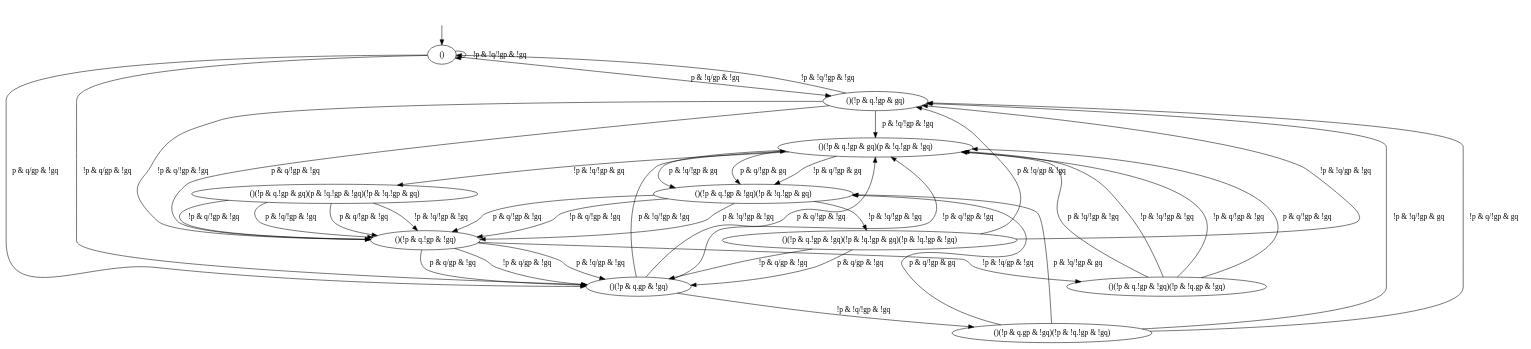
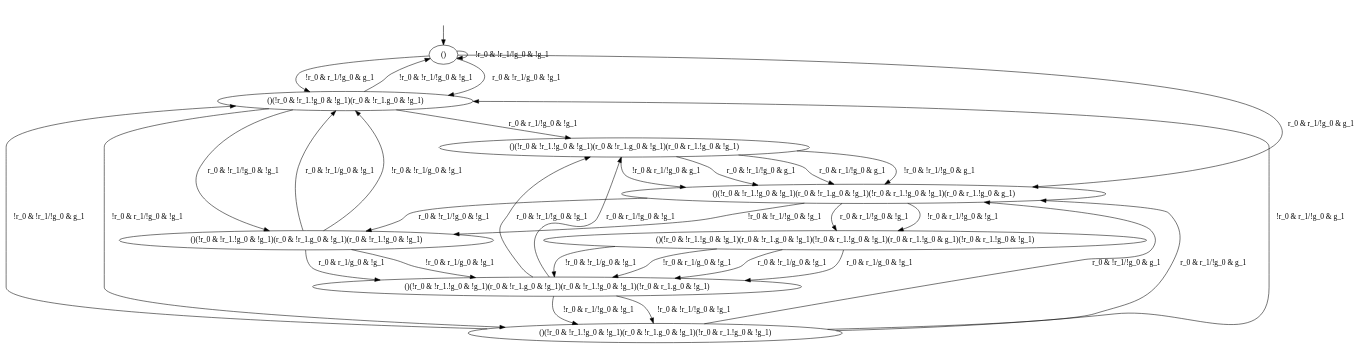
The diagram in examples/ArbitersTwoProcess/example8.dot (mrudu/synth-learn), drawn with Graphviz before and after one commit. The commit also changed 18 other files, not shown here.

```diff
--- a/examples/ArbitersTwoProcess/example8.dot
+++ b/examples/ArbitersTwoProcess/example8.dot
@@ -1,54 +1,44 @@
 digraph "examples/ArbitersTwoProcess/example8" {
 "()" [label="()"];
-"()(!p & q.!gp & gq)" [label="()(!p & q.!gp & gq)"];
-"()(!p & q.!gp & !gq)" [label="()(!p & q.!gp & !gq)"];
-"()(!p & q.gp & !gq)" [label="()(!p & q.gp & !gq)"];
-"()(!p & q.!gp & gq)(p & !q.!gp & !gq)" [label="()(!p & q.!gp & gq)(p & !q.!gp & !gq)"];
-"()(!p & q.!gp & !gq)(!p & !q.!gp & gq)" [label="()(!p & q.!gp & !gq)(!p & !q.!gp & gq)"];
-"()(!p & q.!gp & !gq)(!p & !q.gp & !gq)" [label="()(!p & q.!gp & !gq)(!p & !q.gp & !gq)"];
-"()(!p & q.gp & !gq)(!p & !q.!gp & !gq)" [label="()(!p & q.gp & !gq)(!p & !q.!gp & !gq)"];
-"()(!p & q.!gp & gq)(p & !q.!gp & !gq)(!p & !q.!gp & gq)" [label="()(!p & q.!gp & gq)(p & !q.!gp & !gq)(!p & !q.!gp & gq)"];
-"()(!p & q.!gp & !gq)(!p & !q.!gp & gq)(!p & !q.!gp & !gq)" [label="()(!p & q.!gp & !gq)(!p & !q.!gp & gq)(!p & !q.!gp & !gq)"];
-"()" -> "()"  [label="!p & !q/!gp & !gq"];
-"()" -> "()(!p & q.gp & !gq)"  [label="!p & q/gp & !gq"];
-"()" -> "()(!p & q.!gp & gq)"  [label="p & !q/gp & !gq"];
-"()" -> "()(!p & q.gp & !gq)"  [label="p & q/gp & !gq"];
-"()(!p & q.!gp & gq)" -> "()"  [label="!p & !q/!gp & !gq"];
-"()(!p & q.!gp & gq)" -> "()(!p & q.!gp & !gq)"  [label="!p & q/!gp & !gq"];
-"()(!p & q.!gp & gq)" -> "()(!p & q.!gp & gq)(p & !q.!gp & !gq)"  [label="p & !q/!gp & !gq"];
-"()(!p & q.!gp & gq)" -> "()(!p & q.!gp & !gq)"  [label="p & q/!gp & !gq"];
-"()(!p & q.!gp & !gq)" -> "()(!p & q.!gp & !gq)(!p & !q.gp & !gq)"  [label="!p & !q/gp & !gq"];
-"()(!p & q.!gp & !gq)" -> "()(!p & q.gp & !gq)"  [label="!p & q/gp & !gq"];
-"()(!p & q.!gp & !gq)" -> "()(!p & q.gp & !gq)"  [label="p & !q/gp & !gq"];
-"()(!p & q.!gp & !gq)" -> "()(!p & q.gp & !gq)"  [label="p & q/gp & !gq"];
-"()(!p & q.gp & !gq)" -> "()(!p & q.gp & !gq)(!p & !q.!gp & !gq)"  [label="!p & !q/!gp & !gq"];
-"()(!p & q.gp & !gq)" -> "()(!p & q.!gp & gq)(p & !q.!gp & !gq)"  [label="!p & q/!gp & !gq"];
-"()(!p & q.gp & !gq)" -> "()(!p & q.!gp & gq)(p & !q.!gp & !gq)"  [label="p & !q/!gp & !gq"];
-"()(!p & q.gp & !gq)" -> "()(!p & q.!gp & gq)(p & !q.!gp & !gq)"  [label="p & q/!gp & !gq"];
-"()(!p & q.!gp & gq)(p & !q.!gp & !gq)" -> "()(!p & q.!gp & gq)(p & !q.!gp & !gq)(!p & !q.!gp & gq)"  [label="!p & !q/!gp & gq"];
-"()(!p & q.!gp & gq)(p & !q.!gp & !gq)" -> "()(!p & q.!gp & !gq)(!p & !q.!gp & gq)"  [label="!p & q/!gp & gq"];
-"()(!p & q.!gp & gq)(p & !q.!gp & !gq)" -> "()(!p & q.!gp & !gq)(!p & !q.!gp & gq)"  [label="p & !q/!gp & gq"];
-"()(!p & q.!gp & gq)(p & !q.!gp & !gq)" -> "()(!p & q.!gp & !gq)(!p & !q.!gp & gq)"  [label="p & q/!gp & gq"];
-"()(!p & q.!gp & !gq)(!p & !q.!gp & gq)" -> "()(!p & q.!gp & !gq)(!p & !q.!gp & gq)(!p & !q.!gp & !gq)"  [label="!p & !q/!gp & !gq"];
-"()(!p & q.!gp & !gq)(!p & !q.!gp & gq)" -> "()(!p & q.!gp & !gq)"  [label="!p & q/!gp & !gq"];
-"()(!p & q.!gp & !gq)(!p & !q.!gp & gq)" -> "()(!p & q.!gp & !gq)"  [label="p & !q/!gp & !gq"];
-"()(!p & q.!gp & !gq)(!p & !q.!gp & gq)" -> "()(!p & q.!gp & !gq)"  [label="p & q/!gp & !gq"];
-"()(!p & q.!gp & !gq)(!p & !q.gp & !gq)" -> "()(!p & q.!gp & gq)(p & !q.!gp & !gq)"  [label="!p & !q/!gp & !gq"];
-"()(!p & q.!gp & !gq)(!p & !q.gp & !gq)" -> "()(!p & q.!gp & gq)(p & !q.!gp & !gq)"  [label="!p & q/!gp & !gq"];
-"()(!p & q.!gp & !gq)(!p & !q.gp & !gq)" -> "()(!p & q.!gp & gq)(p & !q.!gp & !gq)"  [label="p & !q/!gp & !gq"];
-"()(!p & q.!gp & !gq)(!p & !q.gp & !gq)" -> "()(!p & q.!gp & gq)(p & !q.!gp & !gq)"  [label="p & q/!gp & !gq"];
-"()(!p & q.gp & !gq)(!p & !q.!gp & !gq)" -> "()(!p & q.!gp & gq)"  [label="!p & !q/!gp & gq"];
-"()(!p & q.gp & !gq)(!p & !q.!gp & !gq)" -> "()(!p & q.!gp & gq)"  [label="!p & q/!gp & gq"];
-"()(!p & q.gp & !gq)(!p & !q.!gp & !gq)" -> "()(!p & q.!gp & !gq)(!p & !q.!gp & gq)"  [label="p & !q/!gp & gq"];
-"()(!p & q.gp & !gq)(!p & !q.!gp & !gq)" -> "()(!p & q.!gp & !gq)(!p & !q.!gp & gq)"  [label="p & q/!gp & gq"];
-"()(!p & q.!gp & gq)(p & !q.!gp & !gq)(!p & !q.!gp & gq)" -> "()(!p & q.!gp & !gq)"  [label="!p & !q/!gp & !gq"];
-"()(!p & q.!gp & gq)(p & !q.!gp & !gq)(!p & !q.!gp & gq)" -> "()(!p & q.!gp & !gq)"  [label="!p & q/!gp & !gq"];
-"()(!p & q.!gp & gq)(p & !q.!gp & !gq)(!p & !q.!gp & gq)" -> "()(!p & q.!gp & !gq)"  [label="p & !q/!gp & !gq"];
-"()(!p & q.!gp & gq)(p & !q.!gp & !gq)(!p & !q.!gp & gq)" -> "()(!p & q.!gp & !gq)"  [label="p & q/!gp & !gq"];
-"()(!p & q.!gp & !gq)(!p & !q.!gp & gq)(!p & !q.!gp & !gq)" -> "()(!p & q.!gp & gq)"  [label="!p & !q/gp & !gq"];
-"()(!p & q.!gp & !gq)(!p & !q.!gp & gq)(!p & !q.!gp & !gq)" -> "()(!p & q.gp & !gq)"  [label="!p & q/gp & !gq"];
-"()(!p & q.!gp & !gq)(!p & !q.!gp & gq)(!p & !q.!gp & !gq)" -> "()(!p & q.!gp & gq)"  [label="p & !q/gp & !gq"];
-"()(!p & q.!gp & !gq)(!p & !q.!gp & gq)(!p & !q.!gp & !gq)" -> "()(!p & q.gp & !gq)"  [label="p & q/gp & !gq"];
+"()(!r_0 & !r_1.!g_0 & !g_1)(r_0 & !r_1.g_0 & !g_1)" [label="()(!r_0 & !r_1.!g_0 & !g_1)(r_0 & !r_1.g_0 & !g_1)"];
+"()(!r_0 & !r_1.!g_0 & !g_1)(r_0 & !r_1.g_0 & !g_1)(!r_0 & r_1.!g_0 & !g_1)" [label="()(!r_0 & !r_1.!g_0 & !g_1)(r_0 & !r_1.g_0 & !g_1)(!r_0 & r_1.!g_0 & !g_1)"];
+"()(!r_0 & !r_1.!g_0 & !g_1)(r_0 & !r_1.g_0 & !g_1)(!r_0 & r_1.!g_0 & !g_1)(r_0 & r_1.!g_0 & g_1)" [label="()(!r_0 & !r_1.!g_0 & !g_1)(r_0 & !r_1.g_0 & !g_1)(!r_0 & r_1.!g_0 & !g_1)(r_0 & r_1.!g_0 & g_1)"];
+"()(!r_0 & !r_1.!g_0 & !g_1)(r_0 & !r_1.g_0 & !g_1)(r_0 & !r_1.!g_0 & !g_1)" [label="()(!r_0 & !r_1.!g_0 & !g_1)(r_0 & !r_1.g_0 & !g_1)(r_0 & !r_1.!g_0 & !g_1)"];
+"()(!r_0 & !r_1.!g_0 & !g_1)(r_0 & !r_1.g_0 & !g_1)(r_0 & !r_1.!g_0 & !g_1)(!r_0 & r_1.g_0 & !g_1)" [label="()(!r_0 & !r_1.!g_0 & !g_1)(r_0 & !r_1.g_0 & !g_1)(r_0 & !r_1.!g_0 & !g_1)(!r_0 & r_1.g_0 & !g_1)"];
+"()(!r_0 & !r_1.!g_0 & !g_1)(r_0 & !r_1.g_0 & !g_1)(r_0 & r_1.!g_0 & !g_1)" [label="()(!r_0 & !r_1.!g_0 & !g_1)(r_0 & !r_1.g_0 & !g_1)(r_0 & r_1.!g_0 & !g_1)"];
+"()(!r_0 & !r_1.!g_0 & !g_1)(r_0 & !r_1.g_0 & !g_1)(!r_0 & r_1.!g_0 & !g_1)(r_0 & r_1.!g_0 & g_1)(!r_0 & r_1.!g_0 & !g_1)" [label="()(!r_0 & !r_1.!g_0 & !g_1)(r_0 & !r_1.g_0 & !g_1)(!r_0 & r_1.!g_0 & !g_1)(r_0 & r_1.!g_0 & g_1)(!r_0 & r_1.!g_0 & !g_1)"];
+"()" -> "()"  [label="!r_0 & !r_1/!g_0 & !g_1"];
+"()" -> "()(!r_0 & !r_1.!g_0 & !g_1)(r_0 & !r_1.g_0 & !g_1)(!r_0 & r_1.!g_0 & !g_1)(r_0 & r_1.!g_0 & g_1)"  [label="r_0 & r_1/!g_0 & g_1"];
+"()" -> "()(!r_0 & !r_1.!g_0 & !g_1)(r_0 & !r_1.g_0 & !g_1)"  [label="r_0 & !r_1/g_0 & !g_1"];
+"()" -> "()(!r_0 & !r_1.!g_0 & !g_1)(r_0 & !r_1.g_0 & !g_1)"  [label="!r_0 & r_1/!g_0 & g_1"];
+"()(!r_0 & !r_1.!g_0 & !g_1)(r_0 & !r_1.g_0 & !g_1)" -> "()"  [label="!r_0 & !r_1/!g_0 & !g_1"];
+"()(!r_0 & !r_1.!g_0 & !g_1)(r_0 & !r_1.g_0 & !g_1)" -> "()(!r_0 & !r_1.!g_0 & !g_1)(r_0 & !r_1.g_0 & !g_1)(!r_0 & r_1.!g_0 & !g_1)"  [label="!r_0 & r_1/!g_0 & !g_1"];
+"()(!r_0 & !r_1.!g_0 & !g_1)(r_0 & !r_1.g_0 & !g_1)" -> "()(!r_0 & !r_1.!g_0 & !g_1)(r_0 & !r_1.g_0 & !g_1)(r_0 & !r_1.!g_0 & !g_1)"  [label="r_0 & !r_1/!g_0 & !g_1"];
+"()(!r_0 & !r_1.!g_0 & !g_1)(r_0 & !r_1.g_0 & !g_1)" -> "()(!r_0 & !r_1.!g_0 & !g_1)(r_0 & !r_1.g_0 & !g_1)(r_0 & r_1.!g_0 & !g_1)"  [label="r_0 & r_1/!g_0 & !g_1"];
+"()(!r_0 & !r_1.!g_0 & !g_1)(r_0 & !r_1.g_0 & !g_1)(!r_0 & r_1.!g_0 & !g_1)" -> "()(!r_0 & !r_1.!g_0 & !g_1)(r_0 & !r_1.g_0 & !g_1)(!r_0 & r_1.!g_0 & !g_1)(r_0 & r_1.!g_0 & g_1)"  [label="r_0 & r_1/!g_0 & g_1"];
+"()(!r_0 & !r_1.!g_0 & !g_1)(r_0 & !r_1.g_0 & !g_1)(!r_0 & r_1.!g_0 & !g_1)" -> "()(!r_0 & !r_1.!g_0 & !g_1)(r_0 & !r_1.g_0 & !g_1)"  [label="!r_0 & r_1/!g_0 & g_1"];
+"()(!r_0 & !r_1.!g_0 & !g_1)(r_0 & !r_1.g_0 & !g_1)(!r_0 & r_1.!g_0 & !g_1)" -> "()(!r_0 & !r_1.!g_0 & !g_1)(r_0 & !r_1.g_0 & !g_1)"  [label="!r_0 & !r_1/!g_0 & g_1"];
+"()(!r_0 & !r_1.!g_0 & !g_1)(r_0 & !r_1.g_0 & !g_1)(!r_0 & r_1.!g_0 & !g_1)" -> "()(!r_0 & !r_1.!g_0 & !g_1)(r_0 & !r_1.g_0 & !g_1)(!r_0 & r_1.!g_0 & !g_1)(r_0 & r_1.!g_0 & g_1)"  [label="r_0 & !r_1/!g_0 & g_1"];
+"()(!r_0 & !r_1.!g_0 & !g_1)(r_0 & !r_1.g_0 & !g_1)(!r_0 & r_1.!g_0 & !g_1)(r_0 & r_1.!g_0 & g_1)" -> "()(!r_0 & !r_1.!g_0 & !g_1)(r_0 & !r_1.g_0 & !g_1)(r_0 & !r_1.!g_0 & !g_1)"  [label="!r_0 & !r_1/!g_0 & !g_1"];
+"()(!r_0 & !r_1.!g_0 & !g_1)(r_0 & !r_1.g_0 & !g_1)(!r_0 & r_1.!g_0 & !g_1)(r_0 & r_1.!g_0 & g_1)" -> "()(!r_0 & !r_1.!g_0 & !g_1)(r_0 & !r_1.g_0 & !g_1)(!r_0 & r_1.!g_0 & !g_1)(r_0 & r_1.!g_0 & g_1)(!r_0 & r_1.!g_0 & !g_1)"  [label="!r_0 & r_1/!g_0 & !g_1"];
+"()(!r_0 & !r_1.!g_0 & !g_1)(r_0 & !r_1.g_0 & !g_1)(!r_0 & r_1.!g_0 & !g_1)(r_0 & r_1.!g_0 & g_1)" -> "()(!r_0 & !r_1.!g_0 & !g_1)(r_0 & !r_1.g_0 & !g_1)(r_0 & !r_1.!g_0 & !g_1)"  [label="r_0 & !r_1/!g_0 & !g_1"];
+"()(!r_0 & !r_1.!g_0 & !g_1)(r_0 & !r_1.g_0 & !g_1)(!r_0 & r_1.!g_0 & !g_1)(r_0 & r_1.!g_0 & g_1)" -> "()(!r_0 & !r_1.!g_0 & !g_1)(r_0 & !r_1.g_0 & !g_1)(!r_0 & r_1.!g_0 & !g_1)(r_0 & r_1.!g_0 & g_1)(!r_0 & r_1.!g_0 & !g_1)"  [label="r_0 & r_1/!g_0 & !g_1"];
+"()(!r_0 & !r_1.!g_0 & !g_1)(r_0 & !r_1.g_0 & !g_1)(r_0 & !r_1.!g_0 & !g_1)" -> "()(!r_0 & !r_1.!g_0 & !g_1)(r_0 & !r_1.g_0 & !g_1)(r_0 & !r_1.!g_0 & !g_1)(!r_0 & r_1.g_0 & !g_1)"  [label="!r_0 & r_1/g_0 & !g_1"];
+"()(!r_0 & !r_1.!g_0 & !g_1)(r_0 & !r_1.g_0 & !g_1)(r_0 & !r_1.!g_0 & !g_1)" -> "()(!r_0 & !r_1.!g_0 & !g_1)(r_0 & !r_1.g_0 & !g_1)"  [label="r_0 & !r_1/g_0 & !g_1"];
+"()(!r_0 & !r_1.!g_0 & !g_1)(r_0 & !r_1.g_0 & !g_1)(r_0 & !r_1.!g_0 & !g_1)" -> "()(!r_0 & !r_1.!g_0 & !g_1)(r_0 & !r_1.g_0 & !g_1)(r_0 & !r_1.!g_0 & !g_1)(!r_0 & r_1.g_0 & !g_1)"  [label="r_0 & r_1/g_0 & !g_1"];
+"()(!r_0 & !r_1.!g_0 & !g_1)(r_0 & !r_1.g_0 & !g_1)(r_0 & !r_1.!g_0 & !g_1)" -> "()(!r_0 & !r_1.!g_0 & !g_1)(r_0 & !r_1.g_0 & !g_1)"  [label="!r_0 & !r_1/g_0 & !g_1"];
+"()(!r_0 & !r_1.!g_0 & !g_1)(r_0 & !r_1.g_0 & !g_1)(r_0 & !r_1.!g_0 & !g_1)(!r_0 & r_1.g_0 & !g_1)" -> "()(!r_0 & !r_1.!g_0 & !g_1)(r_0 & !r_1.g_0 & !g_1)(!r_0 & r_1.!g_0 & !g_1)"  [label="!r_0 & !r_1/!g_0 & !g_1"];
+"()(!r_0 & !r_1.!g_0 & !g_1)(r_0 & !r_1.g_0 & !g_1)(r_0 & !r_1.!g_0 & !g_1)(!r_0 & r_1.g_0 & !g_1)" -> "()(!r_0 & !r_1.!g_0 & !g_1)(r_0 & !r_1.g_0 & !g_1)(!r_0 & r_1.!g_0 & !g_1)"  [label="!r_0 & r_1/!g_0 & !g_1"];
+"()(!r_0 & !r_1.!g_0 & !g_1)(r_0 & !r_1.g_0 & !g_1)(r_0 & !r_1.!g_0 & !g_1)(!r_0 & r_1.g_0 & !g_1)" -> "()(!r_0 & !r_1.!g_0 & !g_1)(r_0 & !r_1.g_0 & !g_1)(r_0 & r_1.!g_0 & !g_1)"  [label="r_0 & !r_1/!g_0 & !g_1"];
+"()(!r_0 & !r_1.!g_0 & !g_1)(r_0 & !r_1.g_0 & !g_1)(r_0 & !r_1.!g_0 & !g_1)(!r_0 & r_1.g_0 & !g_1)" -> "()(!r_0 & !r_1.!g_0 & !g_1)(r_0 & !r_1.g_0 & !g_1)(r_0 & r_1.!g_0 & !g_1)"  [label="r_0 & r_1/!g_0 & !g_1"];
+"()(!r_0 & !r_1.!g_0 & !g_1)(r_0 & !r_1.g_0 & !g_1)(r_0 & r_1.!g_0 & !g_1)" -> "()(!r_0 & !r_1.!g_0 & !g_1)(r_0 & !r_1.g_0 & !g_1)(!r_0 & r_1.!g_0 & !g_1)(r_0 & r_1.!g_0 & g_1)"  [label="!r_0 & !r_1/!g_0 & g_1"];
+"()(!r_0 & !r_1.!g_0 & !g_1)(r_0 & !r_1.g_0 & !g_1)(r_0 & r_1.!g_0 & !g_1)" -> "()(!r_0 & !r_1.!g_0 & !g_1)(r_0 & !r_1.g_0 & !g_1)(!r_0 & r_1.!g_0 & !g_1)(r_0 & r_1.!g_0 & g_1)"  [label="!r_0 & r_1/!g_0 & g_1"];
+"()(!r_0 & !r_1.!g_0 & !g_1)(r_0 & !r_1.g_0 & !g_1)(r_0 & r_1.!g_0 & !g_1)" -> "()(!r_0 & !r_1.!g_0 & !g_1)(r_0 & !r_1.g_0 & !g_1)(!r_0 & r_1.!g_0 & !g_1)(r_0 & r_1.!g_0 & g_1)"  [label="r_0 & !r_1/!g_0 & g_1"];
+"()(!r_0 & !r_1.!g_0 & !g_1)(r_0 & !r_1.g_0 & !g_1)(r_0 & r_1.!g_0 & !g_1)" -> "()(!r_0 & !r_1.!g_0 & !g_1)(r_0 & !r_1.g_0 & !g_1)(!r_0 & r_1.!g_0 & !g_1)(r_0 & r_1.!g_0 & g_1)"  [label="r_0 & r_1/!g_0 & g_1"];
+"()(!r_0 & !r_1.!g_0 & !g_1)(r_0 & !r_1.g_0 & !g_1)(!r_0 & r_1.!g_0 & !g_1)(r_0 & r_1.!g_0 & g_1)(!r_0 & r_1.!g_0 & !g_1)" -> "()(!r_0 & !r_1.!g_0 & !g_1)(r_0 & !r_1.g_0 & !g_1)(r_0 & !r_1.!g_0 & !g_1)(!r_0 & r_1.g_0 & !g_1)"  [label="!r_0 & !r_1/g_0 & !g_1"];
+"()(!r_0 & !r_1.!g_0 & !g_1)(r_0 & !r_1.g_0 & !g_1)(!r_0 & r_1.!g_0 & !g_1)(r_0 & r_1.!g_0 & g_1)(!r_0 & r_1.!g_0 & !g_1)" -> "()(!r_0 & !r_1.!g_0 & !g_1)(r_0 & !r_1.g_0 & !g_1)(r_0 & !r_1.!g_0 & !g_1)(!r_0 & r_1.g_0 & !g_1)"  [label="!r_0 & r_1/g_0 & !g_1"];
+"()(!r_0 & !r_1.!g_0 & !g_1)(r_0 & !r_1.g_0 & !g_1)(!r_0 & r_1.!g_0 & !g_1)(r_0 & r_1.!g_0 & g_1)(!r_0 & r_1.!g_0 & !g_1)" -> "()(!r_0 & !r_1.!g_0 & !g_1)(r_0 & !r_1.g_0 & !g_1)(r_0 & !r_1.!g_0 & !g_1)(!r_0 & r_1.g_0 & !g_1)"  [label="r_0 & !r_1/g_0 & !g_1"];
+"()(!r_0 & !r_1.!g_0 & !g_1)(r_0 & !r_1.g_0 & !g_1)(!r_0 & r_1.!g_0 & !g_1)(r_0 & r_1.!g_0 & g_1)(!r_0 & r_1.!g_0 & !g_1)" -> "()(!r_0 & !r_1.!g_0 & !g_1)(r_0 & !r_1.g_0 & !g_1)(r_0 & !r_1.!g_0 & !g_1)(!r_0 & r_1.g_0 & !g_1)"  [label="r_0 & r_1/g_0 & !g_1"];
 __start0 [label="", shape=none];
 __start0 -> "()"  [label=""];
 }
```
